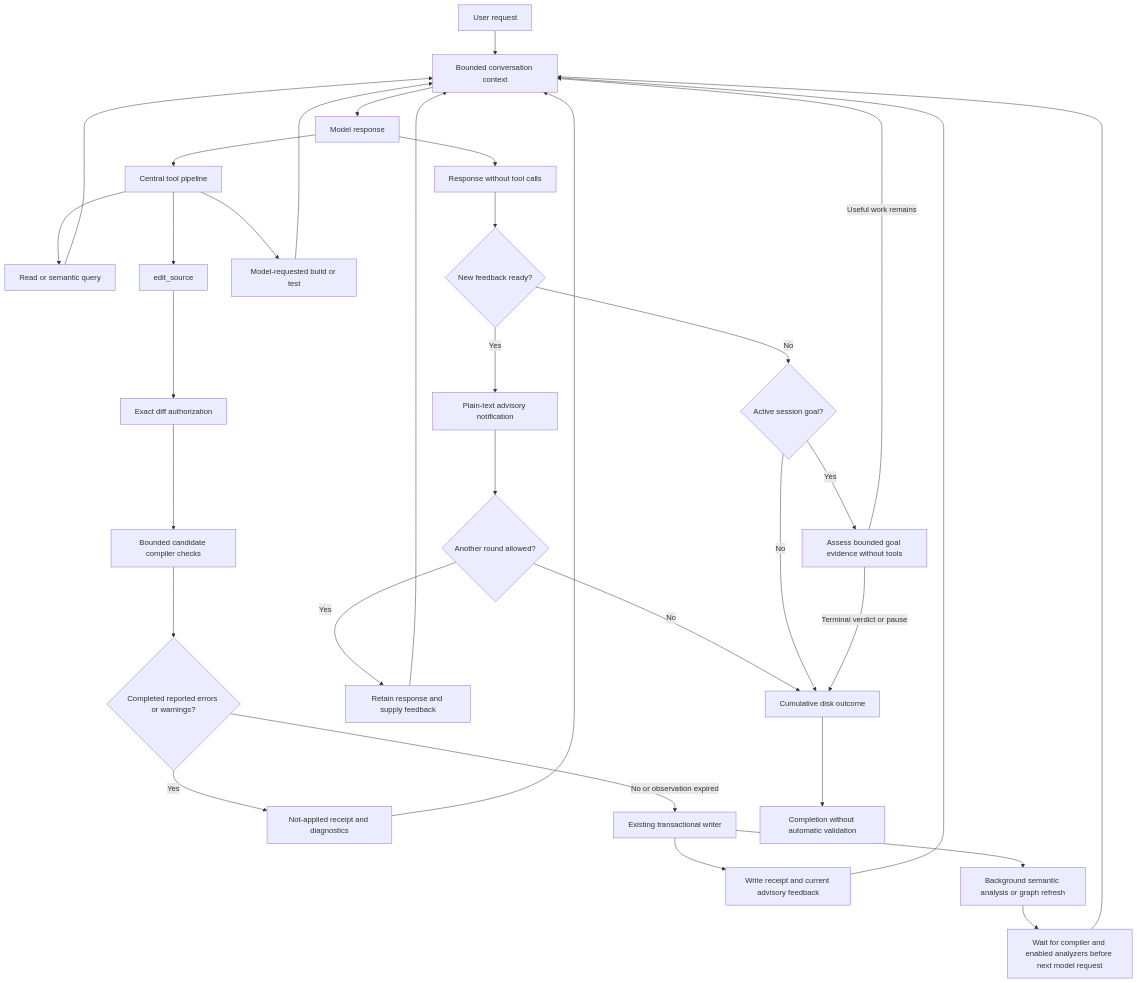
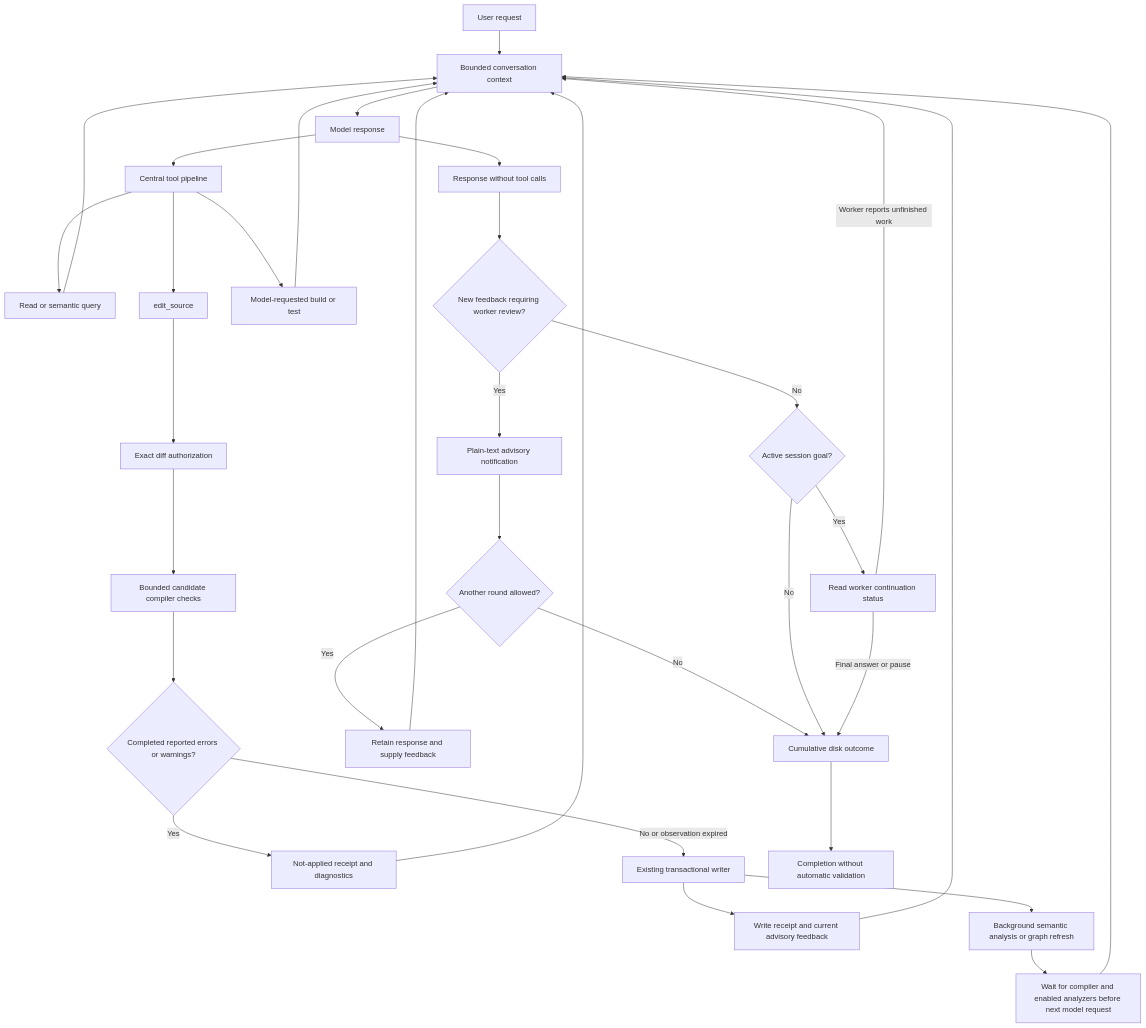
Before and after one commit to Threadsmith-NET/Threadsmith.NET: the diagram in docs/operations/conversation-loop.md, drawn with Mermaid. The commit also changed other lines of this file and 59 other files, not shown here.

First line of the commit message:
Trust worker completion and harden goal continuations

````diff
--- a/docs/operations/conversation-loop.md
+++ b/docs/operations/conversation-loop.md
@@ -17,35 +15,35 @@
 ```mermaid
 flowchart TD
     U[User request] --> C[Bounded conversation context]
     C --> M[Model response]
     M --> T[Central tool pipeline]
     T --> R[Read or semantic query]
     R --> C
     T --> E[edit_source]
     E --> A[Exact diff authorization]
     A --> S[Bounded candidate compiler checks]
     S --> G{Completed reported errors or warnings?}
     G -->|Yes| J[Not-applied receipt and diagnostics]
     J --> C
     G -->|No or observation expired| W[Existing transactional writer]
     W --> F[Write receipt and current advisory feedback]
     F --> C
     W --> B[Background semantic analysis or graph refresh]
     B --> P[Wait for compiler and enabled analyzers before next model request]
     P --> C
     M --> D[Response without tool calls]
     T --> V[Model-requested build or test]
     V --> C
-    D --> Q{New feedback ready?}
+    D --> Q{New feedback requiring worker review?}
     Q -->|Yes| N[Plain-text advisory notification]
     N --> L{Another round allowed?}
     L -->|Yes| H[Retain response and supply feedback]
     H --> C
     L -->|No| O[Cumulative disk outcome]
     Q -->|No| G1{Active session goal?}
     G1 -->|No| O
-    G1 -->|Yes| G2[Assess bounded goal evidence without tools]
-    G2 -->|Useful work remains| C
-    G2 -->|Terminal verdict or pause| O
+    G1 -->|Yes| G2[Read worker continuation status]
+    G2 -->|Worker reports unfinished work| C
+    G2 -->|Final answer or pause| O
     O --> X[Completion without automatic validation]
 ```
````
